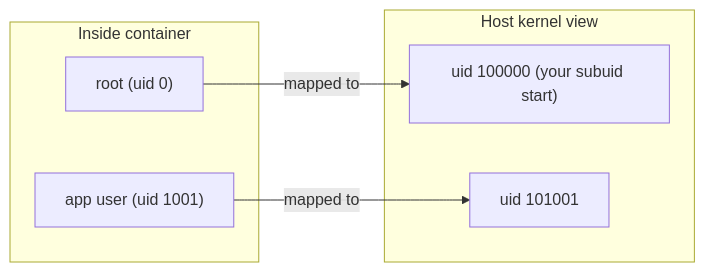
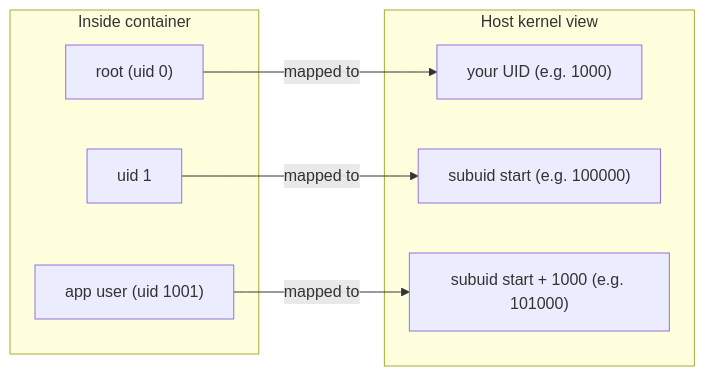
The second of 2 diagrams in modules/00-setup.md (UncleJS/course_podman), drawn with Mermaid before and after one commit. The commit also changed other lines of this file and 58 other files, not shown here.

````diff
--- a/modules/00-setup.md
+++ b/modules/00-setup.md
@@ -172,13 +183,16 @@
 ```mermaid
 graph LR
     subgraph "Inside container"
-        C1["root (uid 0)"]
+        C0["root (uid 0)"]
+        C1["uid 1"]
         C2["app user (uid 1001)"]
     end
     subgraph "Host kernel view"
-        H1["uid 100000 (your subuid start)"]
-        H2["uid 101001"]
+        H0["your UID (e.g. 1000)"]
+        H1["subuid start (e.g. 100000)"]
+        H2["subuid start + 1000 (e.g. 101000)"]
     end
+    C0 -->|"mapped to"| H0
     C1 -->|"mapped to"| H1
     C2 -->|"mapped to"| H2
 ```
````
